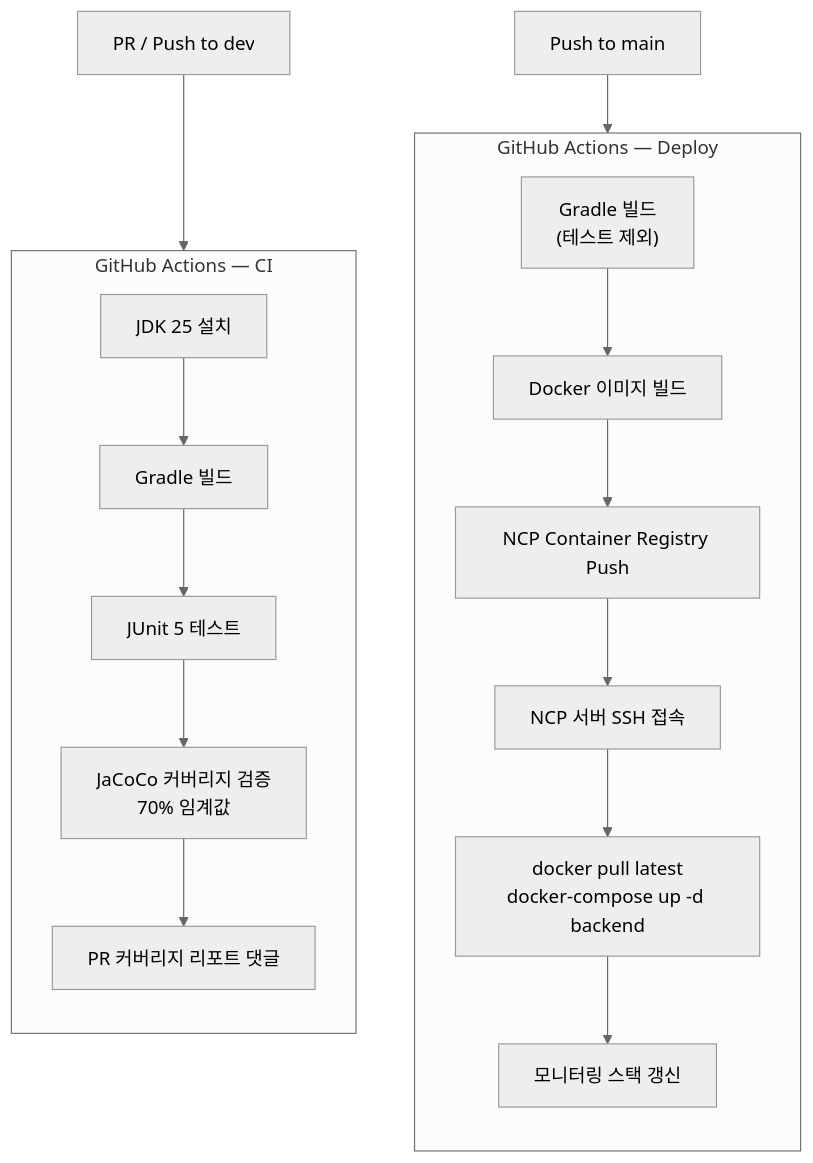
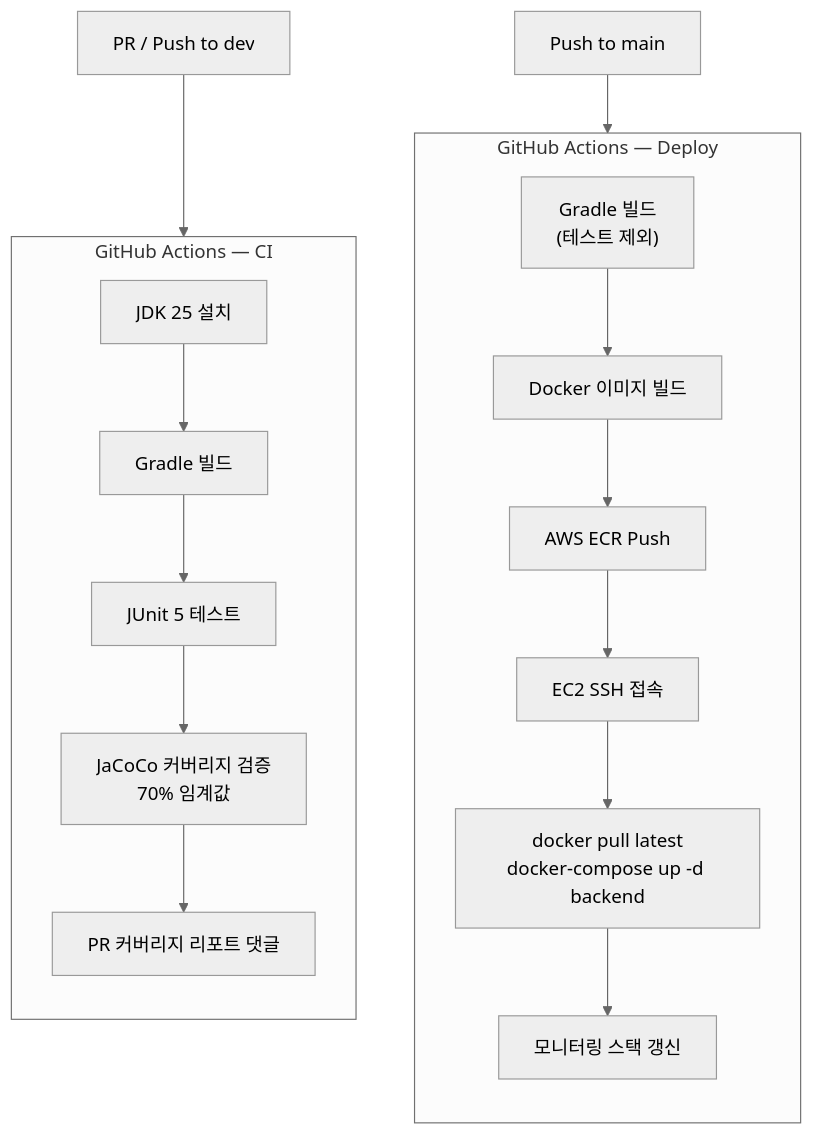
The fourth of 5 diagrams in README.md (dnd-side-project/dnd-14th-8-backend), drawn with Mermaid (neutral theme) before and after one commit. The commit also changed other lines of this file and 19 other files, not shown here.

````diff
--- a/README.md
+++ b/README.md
@@ -282,23 +285,23 @@
 ```mermaid
 flowchart TD
     PR["PR / Push to dev"] --> CI
 
     subgraph CI["GitHub Actions — CI"]
         direction TB
         ci1["JDK 25 설치"] --> ci2["Gradle 빌드"]
         ci2 --> ci3["JUnit 5 테스트"]
         ci3 --> ci4["JaCoCo 커버리지 검증\n70% 임계값"]
         ci4 --> ci5["PR 커버리지 리포트 댓글"]
     end
 
     PUSH["Push to main"] --> DEPLOY
 
     subgraph DEPLOY["GitHub Actions — Deploy"]
         direction TB
         d1["Gradle 빌드\n(테스트 제외)"] --> d2["Docker 이미지 빌드"]
-        d2 --> d3["NCP Container Registry Push"]
-        d3 --> d4["NCP 서버 SSH 접속"]
+        d2 --> d3["AWS ECR Push"]
+        d3 --> d4["EC2 SSH 접속"]
         d4 --> d5["docker pull latest\ndocker-compose up -d backend"]
         d5 --> d6["모니터링 스택 갱신"]
     end
 ```
````
